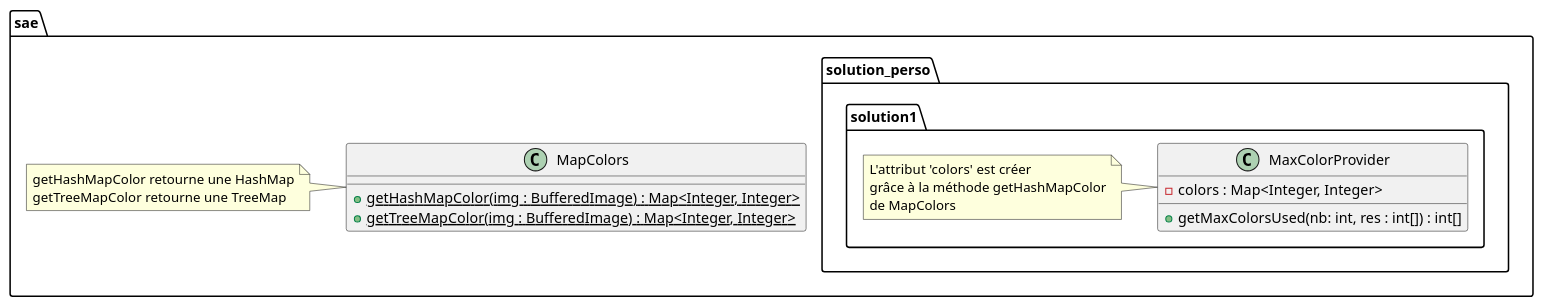
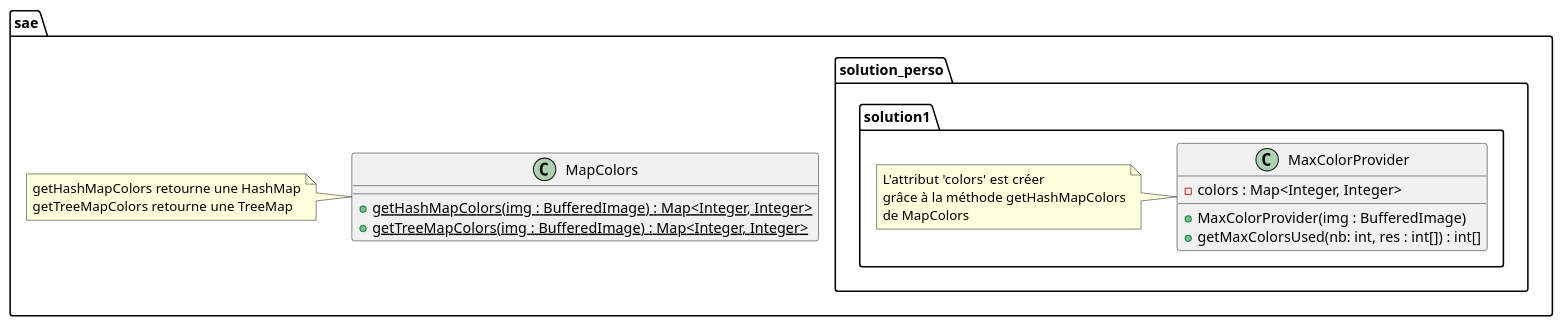
The diagram in src/sae/solution_perso/solution1/diagClassSolution1.puml (TanguyFox/SAE_Projet_IA), drawn with PlantUML before and after one commit. The commit also changed 2 other files, not shown here.

Commit message:
PUML Diagramme

```diff
--- a/src/sae/solution_perso/solution1/diagClassSolution1.puml
+++ b/src/sae/solution_perso/solution1/diagClassSolution1.puml
@@ -1,35 +1,36 @@
 @startuml
 'https://plantuml.com/class-diagram
 
 package sae {
 
     class MapColors {
-        + {static} getHashMapColor(img : BufferedImage) : Map<Integer, Integer>
-        + {static} getTreeMapColor(img : BufferedImage) : Map<Integer, Integer>
+        + {static} getHashMapColors(img : BufferedImage) : Map<Integer, Integer>
+        + {static} getTreeMapColors(img : BufferedImage) : Map<Integer, Integer>
     }
 
     note left{
-        getHashMapColor retourne une HashMap
-        getTreeMapColor retourne une TreeMap
+        getHashMapColors retourne une HashMap
+        getTreeMapColors retourne une TreeMap
     }
 }
 
     package sae.solution_perso.solution1{
         class MaxColorProvider {
             - colors : Map<Integer, Integer>
+            + MaxColorProvider(img : BufferedImage)
             + getMaxColorsUsed(nb: int, res : int[]) : int[]
         }
 
 
         note left {
            L'attribut 'colors' est créer
-           grâce à la méthode getHashMapColor
+           grâce à la méthode getHashMapColors
            de MapColors
         }
     }
 }
 
 
 
 
 @enduml
```
